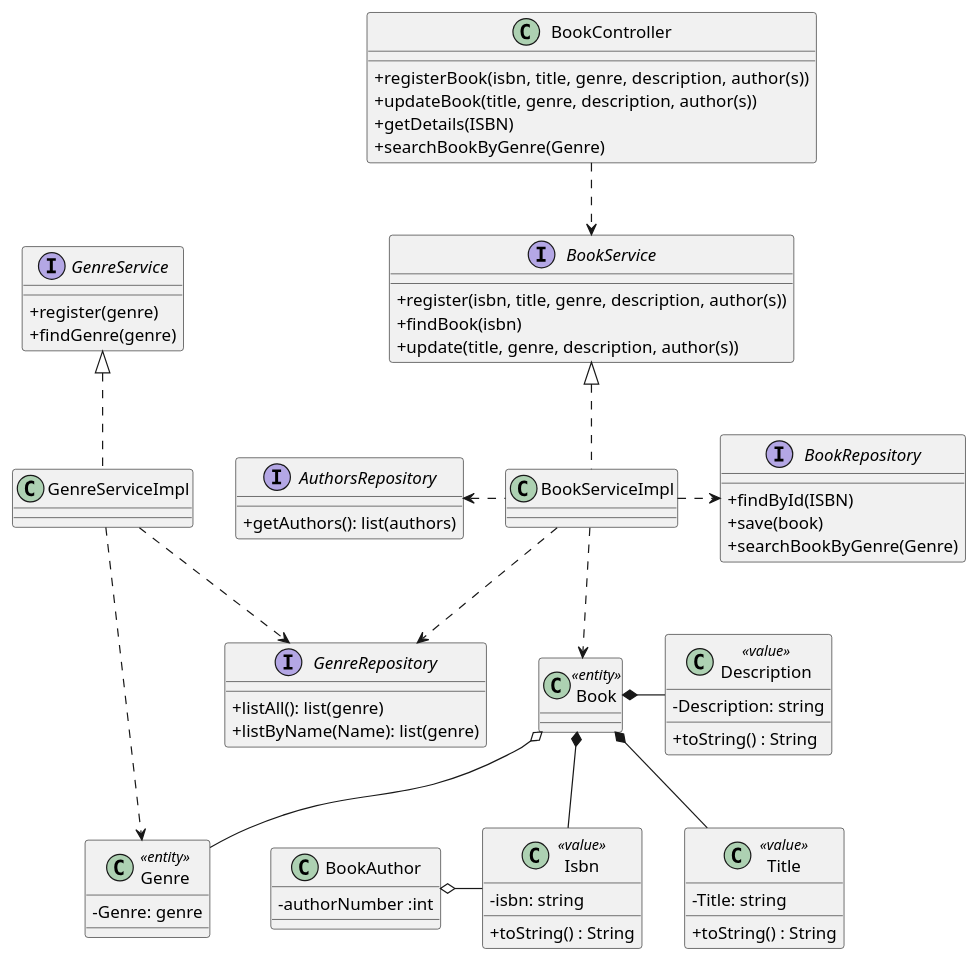
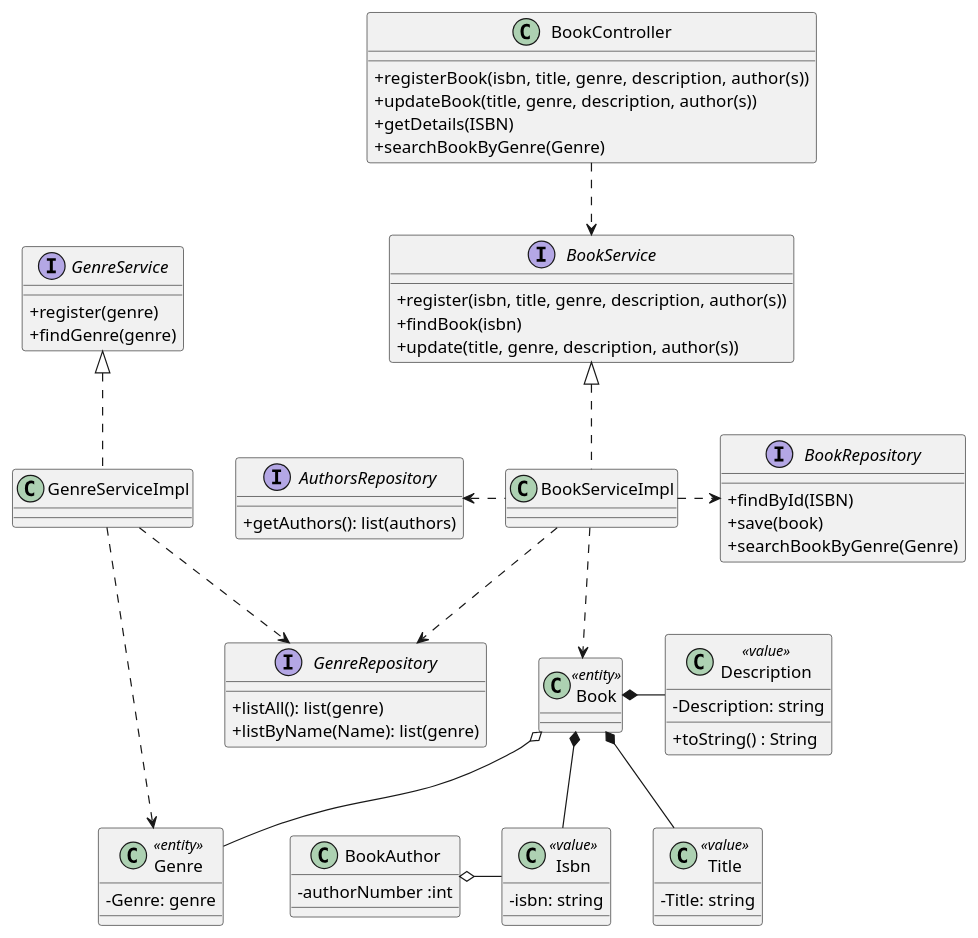
The diagram in Docs/Phase1/WP2A-Books/WP2A-Books-CD.puml (rutemf/1220944_1220772_G01), drawn with PlantUML before and after one commit. The commit also changed 3 other files, not shown here.

```diff
--- a/Docs/Phase1/WP2A-Books/WP2A-Books-CD.puml
+++ b/Docs/Phase1/WP2A-Books/WP2A-Books-CD.puml
@@ -1,84 +1,82 @@
 @startuml
 
 'hide circle
 skinparam classAttributeIconSize 0
 
 class BookController {
     + registerBook(isbn,  title, genre, description, author(s))
     + updateBook(title, genre, description, author(s))
     + getDetails(ISBN)
     + searchBookByGenre(Genre)
 }
 
 interface BookRepository {
     + findById(ISBN)
     + save(book)
     + searchBookByGenre(Genre)
 }
 
 interface BookService {
     + register(isbn, title, genre, description, author(s))
     + findBook(isbn)
     + update(title, genre, description, author(s))
 }
 
 class BookServiceImpl implements BookService{
 }
 
 class Book <<entity>>{
 }
 
 class Title <<value>>{
     - Title: string
-    + toString() : String
 }
 
 class Isbn <<value>>{
     - isbn: string
-    + toString() : String
 }
 
 class Description <<value>>{
     - Description: string
     + toString() : String
 }
 
 class Genre <<entity>>{
    - Genre: genre
 }
 
 interface GenreRepository {
     + listAll(): list(genre)
     + listByName(Name): list(genre)
 }
 
 interface GenreService {
     + register(genre)
     + findGenre(genre)
 }
 
 interface AuthorsRepository {
     + getAuthors(): list(authors)
 }
 
 class BookAuthor{
     - authorNumber :int
 }
 
 Book *-- Isbn
 Book *-- Title
 Book *-right- Description
 Book o-- Genre
 BookAuthor o- Isbn
 
 BookServiceImpl .down.> Book
 
 BookServiceImpl..>GenreRepository
 BookServiceImpl .left.>AuthorsRepository
 GenreServiceImpl ..> Genre
 BookController ..> BookService
 
 BookServiceImpl .right.> BookRepository
 GenreServiceImpl ..> GenreRepository
 GenreServiceImpl .up.|> GenreService
 @enduml
```
